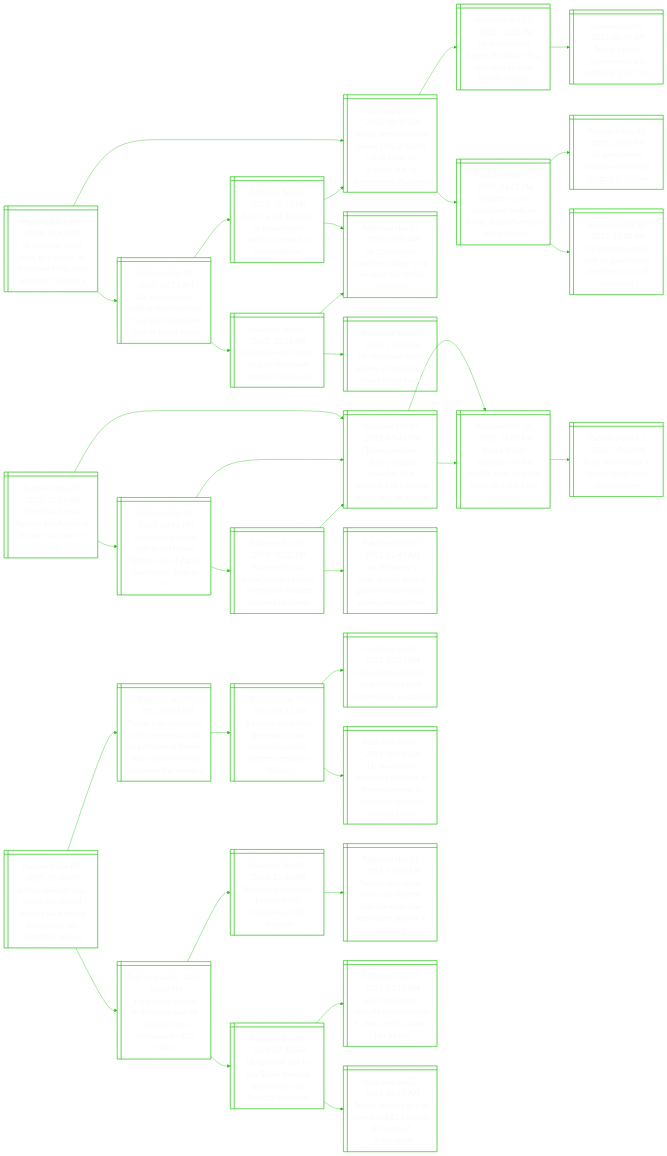
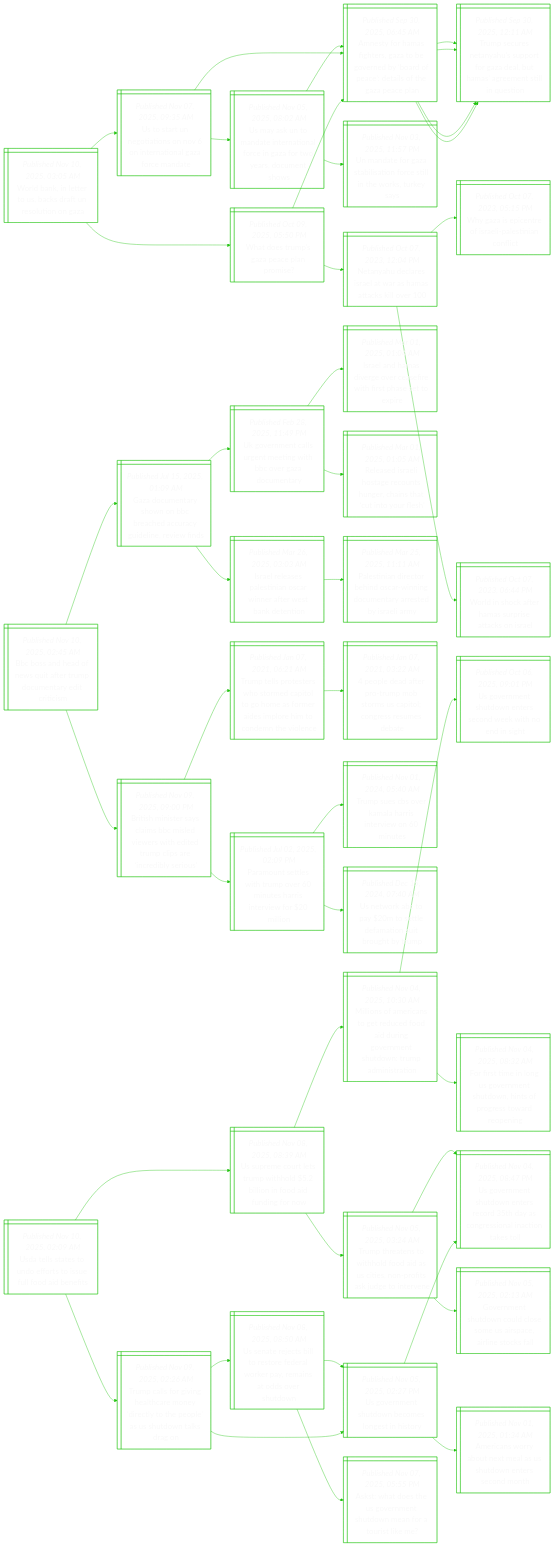
Before and after one commit to notJmes/notJmes: the diagram in README.md, drawn with Mermaid. The commit also changed other lines of this file, not shown here.

````diff
--- a/README.md
+++ b/README.md
@@ -16,112 +16,136 @@
 flowchart LR
 classDef txtsize font-size:20px;
 
-Utldtiatbsrocr@{ shape: win-pane, label: "_Published Nov 09, 2025, 11:42 PM_
-Us air travel could ‘slow to a trickle’ as shutdown bites, says transport secretary" }
-TaitroguaSouomhw@{ shape: win-pane, label: "_Published Nov 06, 2025, 06:35 AM_
-Trump administration orders 10% of flights cut at major us airports due to government shutdown" }
-Ueniunmaayat@{ shape: win-pane, label: "_Published Oct 01, 2025, 12:02 PM_
-Us government begins shutdown that may lead to mass layoffs and cuts" }
-TsSrtpbun@{ shape: win-pane, label: "_Published Oct 01, 2025, 01:49 AM_
-Trump says us government will ‘probably’ shut down" }
-Lsounsrfakni@{ shape: win-pane, label: "_Published Nov 05, 2025, 04:22 PM_
-Longest us govt shutdown tests air travel, federal workers and patience" }
-Uentbegno@{ shape: win-pane, label: "_Published Nov 05, 2025, 02:27 PM_
-Us government shutdown becomes longest in history" }
-Unnagnsotcaa@{ shape: win-pane, label: "_Published Oct 30, 2025, 11:50 AM_
-Us economy in the dark as government shutdown cuts off crucial data" }
-AacofsauSsoarc@{ shape: win-pane, label: "_Published Nov 09, 2025, 07:51 AM_
-Air traffic control staffing shortages due to us govt shutdown lead to travel chaos" }
-aWoeveunfotm@{ shape: win-pane, label: "_Published Nov 07, 2025, 05:55 PM_
-Askst: what does the us government shutdown mean for a tourist like me?" }
-Uentdoerlnh@{ shape: win-pane, label: "_Published Nov 07, 2025, 06:45 AM_
-Us government shutdown drags on as senators fail to find path out" }
-TaitroguaSouomhw@{ shape: win-pane, label: "_Published Nov 06, 2025, 06:35 AM_
-Trump administration orders 10% of flights cut at major us airports due to government shutdown" }
-Uvenounpiu@{ shape: win-pane, label: "_Published Nov 07, 2025, 10:28 AM_
-Us travel woes mount as govt shutdown prompts flight cuts" }
-Utsanritlss@{ shape: win-pane, label: "_Published Nov 06, 2025, 11:05 PM_
-Us shutdown sends airlines scrambling as travel chaos looms" }
-Uentdoerlnh@{ shape: win-pane, label: "_Published Nov 07, 2025, 06:45 AM_
-Us government shutdown drags on as senators fail to find path out" }
+WBneSstsiG@{ shape: win-pane, label: "_Published Nov 10, 2025, 03:05 AM_
+World bank, in letter to us, backs draft un resolution on gaza" }
+UtNtoNinnzcd@{ shape: win-pane, label: "_Published Nov 07, 2025, 09:35 AM_
+Us to start un negotiations on nov 6 on international gaza force mandate" }
+Uatdnaacareonw@{ shape: win-pane, label: "_Published Nov 05, 2025, 08:02 AM_
+Us may ask un to mandate international force in gaza for two years, document shows" }
+AtHfezerydatoGel@{ shape: win-pane, label: "_Published Sep 30, 2025, 06:45 AM_
+Amnesty for hamas fighters, gaza to be governed by ‘board of peace’: details of the gaza peace plan" }
+Udoaitotnous@{ shape: win-pane, label: "_Published Nov 03, 2025, 11:57 PM_
+Un mandate for gaza stabilisation force still in the works, turkey says" }
+AtHfezerydatoGel@{ shape: win-pane, label: "_Published Sep 30, 2025, 06:45 AM_
+Amnesty for hamas fighters, gaza to be governed by ‘board of peace’: details of the gaza peace plan" }
+Tseaupoabmrnluo@{ shape: win-pane, label: "_Published Sep 30, 2025, 12:11 AM_
+Trump secures netanyahu’s support for gaza deal, but hamas’ agreement still in question" }
+Tseaupoabmrnluo@{ shape: win-pane, label: "_Published Sep 30, 2025, 12:11 AM_
+Trump secures netanyahu’s support for gaza deal, but hamas’ agreement still in question" }
+Wouaaam@{ shape: win-pane, label: "_Published Oct 09, 2025, 05:50 PM_
+What does trump’s gaza peace plan promise?" }
+AtHfezerydatoGel@{ shape: win-pane, label: "_Published Sep 30, 2025, 06:45 AM_
+Amnesty for hamas fighters, gaza to be governed by ‘board of peace’: details of the gaza peace plan" }
+Tseaupoabmrnluo@{ shape: win-pane, label: "_Published Sep 30, 2025, 12:11 AM_
+Trump secures netanyahu’s support for gaza deal, but hamas’ agreement still in question" }
+Tseaupoabmrnluo@{ shape: win-pane, label: "_Published Sep 30, 2025, 12:11 AM_
+Trump secures netanyahu’s support for gaza deal, but hamas’ agreement still in question" }
+NyeeawHakl@{ shape: win-pane, label: "_Published Oct 07, 2023, 12:04 PM_
+Netanyahu declares israel at war as hamas attacks kill over 100" }
+WzptIleint@{ shape: win-pane, label: "_Published Oct 07, 2023, 05:15 PM_
+Why gaza is epicentre of israeli-palestinian conflict" }
+Wiceapaks@{ shape: win-pane, label: "_Published Oct 07, 2023, 06:44 PM_
+World in shock after hamas surprise attacks on israel" }
 
-Utldtiatbsrocr:::txtsize --> TaitroguaSouomhw:::txtsize
-TaitroguaSouomhw:::txtsize --> Ueniunmaayat:::txtsize
-Ueniunmaayat:::txtsize --> TsSrtpbun:::txtsize
-TaitroguaSouomhw:::txtsize --> Lsounsrfakni:::txtsize
-Lsounsrfakni:::txtsize --> Uentbegno:::txtsize
-Lsounsrfakni:::txtsize --> Unnagnsotcaa:::txtsize
-Utldtiatbsrocr:::txtsize --> AacofsauSsoarc:::txtsize
-AacofsauSsoarc:::txtsize --> aWoeveunfotm:::txtsize
-aWoeveunfotm:::txtsize --> Uentdoerlnh:::txtsize
-aWoeveunfotm:::txtsize --> TaitroguaSouomhw:::txtsize
-AacofsauSsoarc:::txtsize --> Uvenounpiu:::txtsize
-Uvenounpiu:::txtsize --> Utsanritlss:::txtsize
-Uvenounpiu:::txtsize --> Uentdoerlnh:::txtsize
+WBneSstsiG:::txtsize --> UtNtoNinnzcd:::txtsize
+UtNtoNinnzcd:::txtsize --> Uatdnaacareonw:::txtsize
+Uatdnaacareonw:::txtsize --> AtHfezerydatoGel:::txtsize
+Uatdnaacareonw:::txtsize --> Udoaitotnous:::txtsize
+UtNtoNinnzcd:::txtsize --> AtHfezerydatoGel:::txtsize
+AtHfezerydatoGel:::txtsize --> Tseaupoabmrnluo:::txtsize
+AtHfezerydatoGel:::txtsize --> Tseaupoabmrnluo:::txtsize
+WBneSstsiG:::txtsize --> Wouaaam:::txtsize
+Wouaaam:::txtsize --> AtHfezerydatoGel:::txtsize
+AtHfezerydatoGel:::txtsize --> Tseaupoabmrnluo:::txtsize
+AtHfezerydatoGel:::txtsize --> Tseaupoabmrnluo:::txtsize
+Wouaaam:::txtsize --> NyeeawHakl:::txtsize
+NyeeawHakl:::txtsize --> WzptIleint:::txtsize
+NyeeawHakl:::txtsize --> Wiceapaks:::txtsize
 
-Huahtuomzcn@{ shape: win-pane, label: "_Published Nov 09, 2025, 10:16 PM_
-Holed-up hamas fighters test future of trump’s gaza peace plan" }
-Tdrcaaededlncbs@{ shape: win-pane, label: "_Published Oct 14, 2025, 07:45 PM_
-Trump declares victory as gaza ceasefire deal reached, but a lasting peace may be elusive" }
-PflcoMeNelale@{ shape: win-pane, label: "_Published Oct 14, 2025, 12:05 AM_
-Peace finally descends on the middle east: now the battle to make it last begins" }
-TjIlmnest@{ shape: win-pane, label: "_Published Oct 13, 2025, 03:10 PM_
-Tears, joy in israel as hamas hands over first hostages" }
-MtretHfetzrzos@{ shape: win-pane, label: "_Published Nov 06, 2025, 10:05 PM_
-Mediators propose deal to get hamas fighters out of gaza’s israeli zone, sources say" }
-Tdrcaaededlncbs@{ shape: win-pane, label: "_Published Oct 14, 2025, 07:45 PM_
-Trump declares victory as gaza ceasefire deal reached, but a lasting peace may be elusive" }
-PflcoMeNelale@{ shape: win-pane, label: "_Published Oct 14, 2025, 12:05 AM_
-Peace finally descends on the middle east: now the battle to make it last begins" }
-Heaeeetetbtea@{ shape: win-pane, label: "_Published Nov 03, 2025, 05:02 PM_
-Haunted by war, some israelis hesitate to return to kibbutz attacked by hamas" }
-Tdrcaaededlncbs@{ shape: win-pane, label: "_Published Oct 14, 2025, 07:45 PM_
-Trump declares victory as gaza ceasefire deal reached, but a lasting peace may be elusive" }
-Sbsrcdnacaale@{ shape: win-pane, label: "_Published Oct 08, 2023, 12:45 AM_
-‘sea of bodies’ in israel, scores dead in gaza as shock hamas attack unleashes war" }
-
-Huahtuomzcn:::txtsize --> Tdrcaaededlncbs:::txtsize
-Tdrcaaededlncbs:::txtsize --> PflcoMeNelale:::txtsize
-PflcoMeNelale:::txtsize --> TjIlmnest:::txtsize
-Huahtuomzcn:::txtsize --> MtretHfetzrzos:::txtsize
-MtretHfetzrzos:::txtsize --> Tdrcaaededlncbs:::txtsize
-Tdrcaaededlncbs:::txtsize --> PflcoMeNelale:::txtsize
-MtretHfetzrzos:::txtsize --> Heaeeetetbtea:::txtsize
-Heaeeetetbtea:::txtsize --> Tdrcaaededlncbs:::txtsize
-Heaeeetetbtea:::txtsize --> Sbsrcdnacaale:::txtsize
-
+Bshfqfroneri@{ shape: win-pane, label: "_Published Nov 10, 2025, 02:45 AM_
+Bbc boss and head of news quit after trump documentary edit criticism" }
+Gonsobhcyerws@{ shape: win-pane, label: "_Published Jul 15, 2025, 01:09 AM_
+Gaza documentary shown on bbc breached accuracy guideline, review finds" }
+UenleewBrdey@{ shape: win-pane, label: "_Published Feb 28, 2025, 11:49 PM_
+Uk government calls urgent meeting with bbc over gaza documentary" }
+Ilaiecfiratp@{ shape: win-pane, label: "_Published Mar 01, 2025, 01:04 AM_
+Israel and hamas diverge over ceasefire with first phase set to expire" }
+Rsrhgohrntnus@{ shape: win-pane, label: "_Published Mar 01, 2025, 01:05 AM_
+Released israeli hostage recounts hunger, chains that ‘cut into your flesh’" }
+IlaaiOwrrBei@{ shape: win-pane, label: "_Published Mar 26, 2025, 03:03 AM_
+Israel releases palestinian oscar winner after west bank detention" }
+PtnceOwnuardra@{ shape: win-pane, label: "_Published Mar 25, 2025, 11:11 AM_
+Palestinian director behind oscar-winning documentary arrested by israeli army" }
 BsislBsisedpsnies@{ shape: win-pane, label: "_Published Nov 09, 2025, 09:00 PM_
 British minister says claims bbc misled viewers with edited trump clips are ‘incredibly serious’" }
 TtpswoCooamdphcmvn@{ shape: win-pane, label: "_Published Jan 07, 2021, 06:21 AM_
 Trump tells protesters who stormed capitol to go home as former aides implore him to condemn the violence" }
 peapubmalrest@{ shape: win-pane, label: "_Published Jan 07, 2021, 03:22 AM_
 4 people dead after pro-trump mob storms us capitol; congress resumes debate" }
-HafdoptdSt@{ shape: win-pane, label: "_Published Jan 07, 2021, 10:03 AM_
-How chaos unfolded as pro-trump mob stormed the us capitol" }
-Umsuichcnncclet@{ shape: win-pane, label: "_Published Jan 07, 2021, 10:06 AM_
-Us lawmakers denounce violence as they reconvene to announce electoral college votes" }
 PoesToisiewin@{ shape: win-pane, label: "_Published Jul 02, 2025, 02:09 PM_
 Paramount settles with trump over 60 minutes harris interview for $20 million" }
 TsBrlrteis@{ shape: win-pane, label: "_Published Nov 01, 2024, 05:40 AM_
 Trump sues cbs over kamala harris interview on 60 minutes" }
-PrstsencwohliIc@{ shape: win-pane, label: "_Published Nov 01, 2024, 07:00 AM_
-Pastors and secret codes: us election officials wage low-tech battle against ai robocalls" }
 UwBasemnbhr@{ shape: win-pane, label: "_Published Dec 15, 2024, 07:40 AM_
 Us network abc to pay $20m to settle defamation suit brought by trump" }
-JirelsiJaldm@{ shape: win-pane, label: "_Published May 10, 2023, 03:10 AM_
-Jury finds trump sexually abused writer e. jean carroll, awards her $6.6m" }
-ToearSirsfi@{ shape: win-pane, label: "_Published Jan 27, 2024, 08:10 AM_
-Trump ordered to pay carroll us$83.3 million for years of defamation" }
 
+Bshfqfroneri:::txtsize --> Gonsobhcyerws:::txtsize
+Gonsobhcyerws:::txtsize --> UenleewBrdey:::txtsize
+UenleewBrdey:::txtsize --> Ilaiecfiratp:::txtsize
+UenleewBrdey:::txtsize --> Rsrhgohrntnus:::txtsize
+Gonsobhcyerws:::txtsize --> IlaaiOwrrBei:::txtsize
+IlaaiOwrrBei:::txtsize --> PtnceOwnuardra:::txtsize
+Bshfqfroneri:::txtsize --> BsislBsisedpsnies:::txtsize
 BsislBsisedpsnies:::txtsize --> TtpswoCooamdphcmvn:::txtsize
 TtpswoCooamdphcmvn:::txtsize --> peapubmalrest:::txtsize
-peapubmalrest:::txtsize --> HafdoptdSt:::txtsize
-peapubmalrest:::txtsize --> Umsuichcnncclet:::txtsize
 BsislBsisedpsnies:::txtsize --> PoesToisiewin:::txtsize
 PoesToisiewin:::txtsize --> TsBrlrteis:::txtsize
-TsBrlrteis:::txtsize --> PrstsencwohliIc:::txtsize
 PoesToisiewin:::txtsize --> UwBasemnbhr:::txtsize
-UwBasemnbhr:::txtsize --> JirelsiJaldm:::txtsize
-UwBasemnbhr:::txtsize --> ToearSirsfi:::txtsize
+
+Uettorifodf@{ shape: win-pane, label: "_Published Nov 10, 2025, 02:09 AM_
+Usda tells states to undo efforts to issue full food aid benefits" }
+Uroeutdifido@{ shape: win-pane, label: "_Published Nov 08, 2025, 08:39 AM_
+Us supreme court lets trump withhold $5.2 billion in food aid funding for now" }
+MoAcoedaromhwmirn@{ shape: win-pane, label: "_Published Nov 04, 2025, 10:30 AM_
+Millions of americans to get reduced food aid during government shutdown: trump administration" }
+Uentesnknih@{ shape: win-pane, label: "_Published Oct 06, 2025, 09:01 PM_
+Us government shutdown enters second week with no end in sight" }
+Frmognsonpewei@{ shape: win-pane, label: "_Published Nov 04, 2025, 08:32 AM_
+For first time in long us government shutdown, hints of progress toward reopening" }
+Tttohodcsrsuor@{ shape: win-pane, label: "_Published Nov 05, 2025, 03:24 AM_
+Trump threatens to withhold food aid as us cities, non-profits ask judge to intervene" }
+Uentesraosactt@{ shape: win-pane, label: "_Published Nov 04, 2025, 08:47 PM_
+Us government shutdown enters record 35th day as congressional inaction takes toll" }
+Gnsouomicltf@{ shape: win-pane, label: "_Published Nov 05, 2025, 02:13 AM_
+Government shutdown could close some us airspace, airline stocks fall" }
+TcfvecoilhpUttdn@{ shape: win-pane, label: "_Published Nov 09, 2025, 02:26 AM_
+Trump calls for giving healthcare money ‘directly to the people’ as us shutdown talks drag on" }
+UajBoodwresdrd@{ shape: win-pane, label: "_Published Nov 08, 2025, 08:50 AM_
+Us senate rejects bill to restore federal worker pay, remains at odds over shutdown" }
+Uentbegno@{ shape: win-pane, label: "_Published Nov 05, 2025, 02:27 PM_
+Us government shutdown becomes longest in history" }
+aWoeveunfotm@{ shape: win-pane, label: "_Published Nov 07, 2025, 05:55 PM_
+Askst: what does the us government shutdown mean for a tourist like me?" }
+Uentbegno@{ shape: win-pane, label: "_Published Nov 05, 2025, 02:27 PM_
+Us government shutdown becomes longest in history" }
+AcobeaSdnsdh@{ shape: win-pane, label: "_Published Nov 01, 2025, 01:34 AM_
+Americans worry about next meal as us shutdown enters second month" }
+Uentesraosactt@{ shape: win-pane, label: "_Published Nov 04, 2025, 08:47 PM_
+Us government shutdown enters record 35th day as congressional inaction takes toll" }
+
+Uettorifodf:::txtsize --> Uroeutdifido:::txtsize
+Uroeutdifido:::txtsize --> MoAcoedaromhwmirn:::txtsize
+MoAcoedaromhwmirn:::txtsize --> Uentesnknih:::txtsize
+MoAcoedaromhwmirn:::txtsize --> Frmognsonpewei:::txtsize
+Uroeutdifido:::txtsize --> Tttohodcsrsuor:::txtsize
+Tttohodcsrsuor:::txtsize --> Uentesraosactt:::txtsize
+Tttohodcsrsuor:::txtsize --> Gnsouomicltf:::txtsize
+Uettorifodf:::txtsize --> TcfvecoilhpUttdn:::txtsize
+TcfvecoilhpUttdn:::txtsize --> UajBoodwresdrd:::txtsize
+UajBoodwresdrd:::txtsize --> Uentbegno:::txtsize
+UajBoodwresdrd:::txtsize --> aWoeveunfotm:::txtsize
+TcfvecoilhpUttdn:::txtsize --> Uentbegno:::txtsize
+Uentbegno:::txtsize --> AcobeaSdnsdh:::txtsize
+Uentbegno:::txtsize --> Uentesraosactt:::txtsize
 
 ```
````
